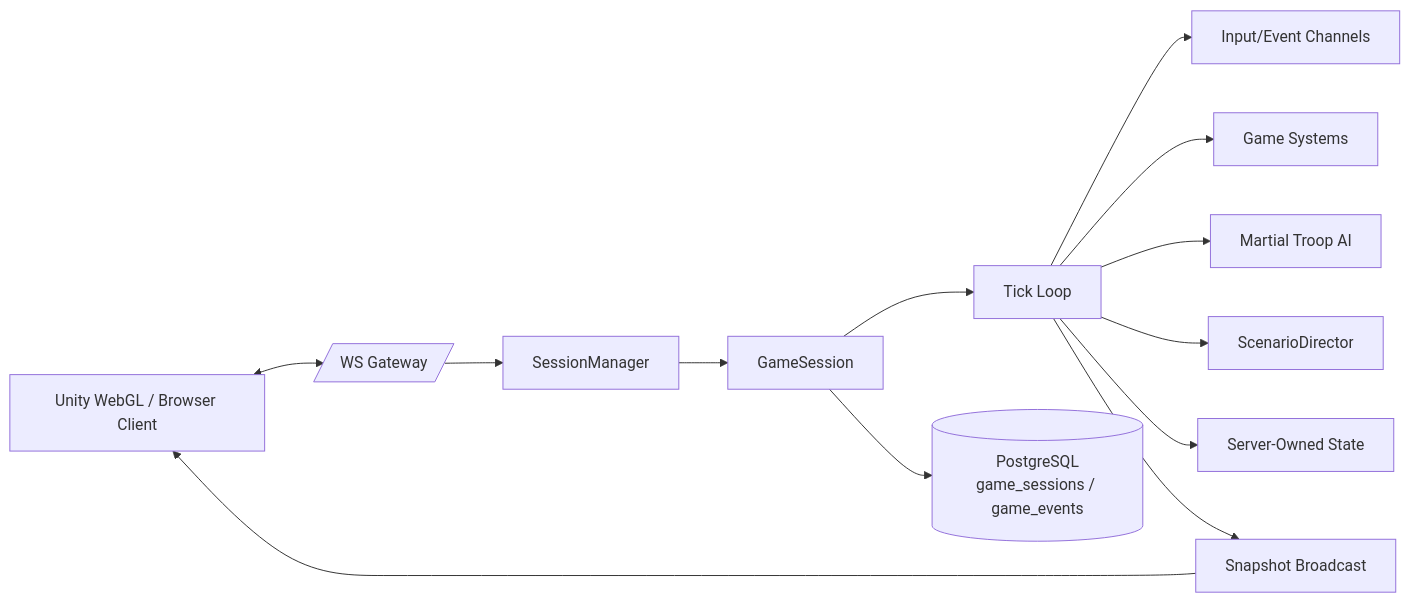
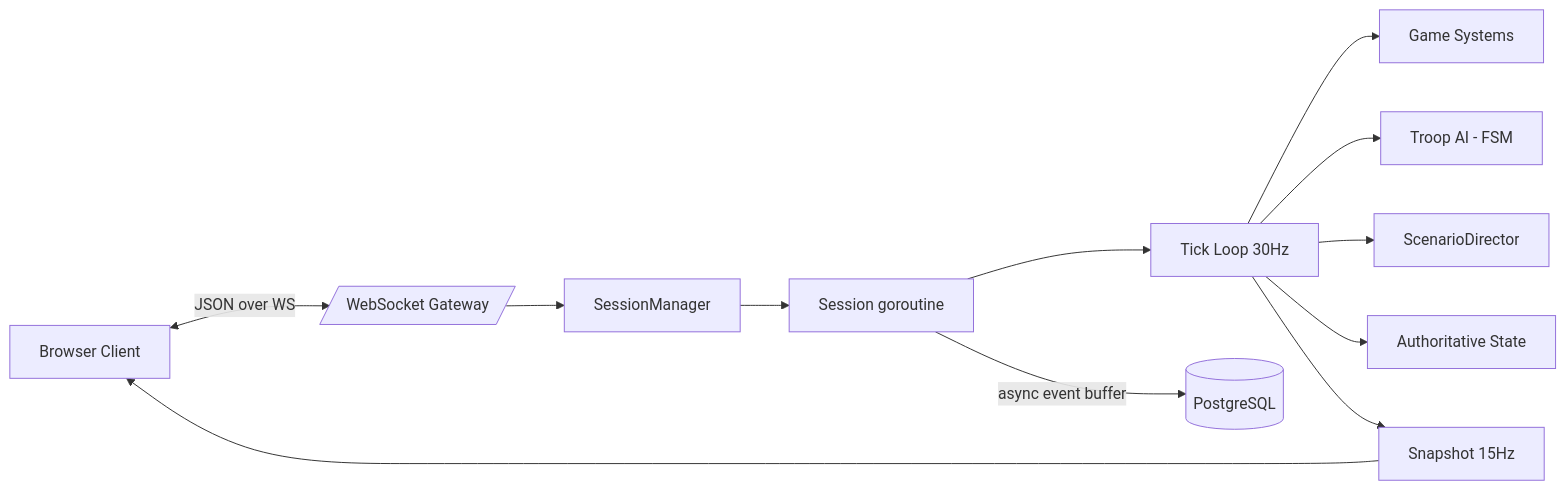
One commit to mayday-team/server changed the diagram in README.md. Above: the diagram before and after it, drawn with Mermaid. The commit also changed other lines of this file, not shown here.

Commit message:
docs(readme): trim to system architecture + API spec only

````diff
--- a/README.md
+++ b/README.md
@@ -29,28 +9,24 @@
 ```mermaid
 flowchart LR
-    Client[Unity WebGL / Browser Client]
-    GW[/WS Gateway/]
+    Client[Browser Client]
+    GW[/WebSocket Gateway/]
     Mgr[SessionManager]
-    Sess[GameSession]
-    Tick[Tick Loop]
-    Inp[Input/Event Channels]
+    Sess[Session goroutine]
+    Tick[Tick Loop 30Hz]
     Sys[Game Systems]
-    AI[Martial Troop AI]
+    AI[Troop AI - FSM]
     Dir[ScenarioDirector]
-    State[Server-Owned State]
-    Snap[Snapshot Broadcast]
-    DB[(PostgreSQL\ngame_sessions / game_events)]
+    State[Authoritative State]
+    Snap[Snapshot 15Hz]
+    DB[(PostgreSQL)]
 
-    Client <--> GW
-    GW --> Mgr
-    Mgr --> Sess
+    Client <-- JSON over WS --> GW
+    GW --> Mgr --> Sess
     Sess --> Tick
-    Tick --> Inp
     Tick --> Sys
     Tick --> AI
     Tick --> Dir
     Tick --> State
-    Tick --> Snap
-    Snap --> Client
-    Sess --> DB
+    Tick --> Snap --> Client
+    Sess -- async event buffer --> DB
 ```
````
